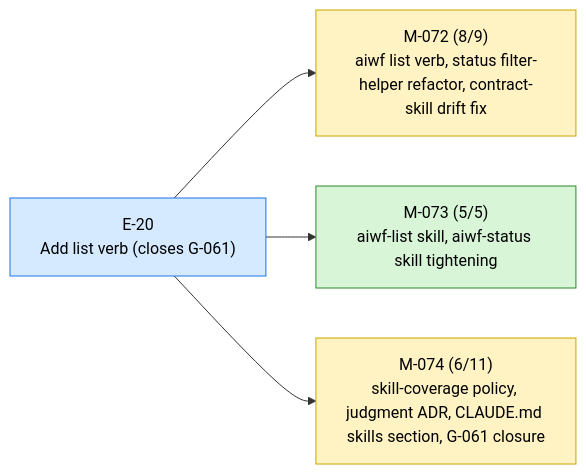
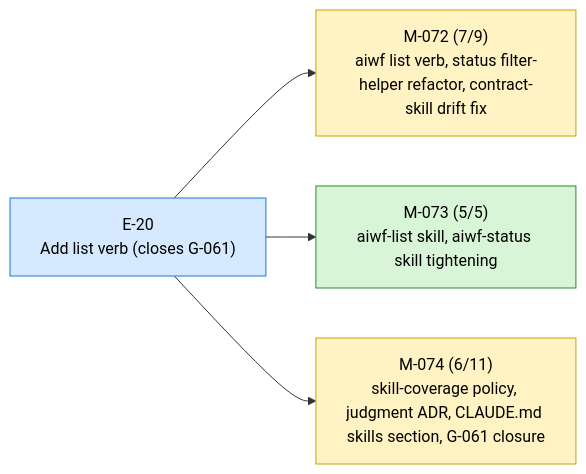
One commit to 23min/aiwf changed the first of 2 diagrams in STATUS.md. Above: the diagram before and after it, drawn with Mermaid. The commit also changed other lines of this file and 1 other file, not shown here.

First line of the commit message:
aiwf promote M-072/AC-8 met -> open

````diff
--- a/STATUS.md
+++ b/STATUS.md
@@ -13,16 +13,16 @@
 ```mermaid
 flowchart LR
   E_20["E-20<br/>Add list verb (closes G-061)"]:::epic_active
-  M_072["M-072 (8/9)<br/>aiwf list verb, status filter-helper refactor, contract-skill drift fix"]:::ms_in_progress
+  M_072["M-072 (7/9)<br/>aiwf list verb, status filter-helper refactor, contract-skill drift fix"]:::ms_in_progress
   E_20 --> M_072
   M_073["M-073 (5/5)<br/>aiwf-list skill, aiwf-status skill tightening"]:::ms_done
   E_20 --> M_073
   M_074["M-074 (6/11)<br/>skill-coverage policy, judgment ADR, CLAUDE.md skills section, G-061 closure"]:::ms_in_progress
   E_20 --> M_074
   classDef epic_active fill:#d6eaff,stroke:#1a73e8,color:#000
   classDef epic_proposed fill:#f4f4f4,stroke:#888,color:#000
   classDef ms_done fill:#d8f5d8,stroke:#2a8a2a,color:#000
   classDef ms_in_progress fill:#fff3c4,stroke:#caa400,color:#000
   classDef ms_draft fill:#f4f4f4,stroke:#888,color:#000
   classDef ms_cancelled fill:#fbeaea,stroke:#c33,color:#000
 ```
````
